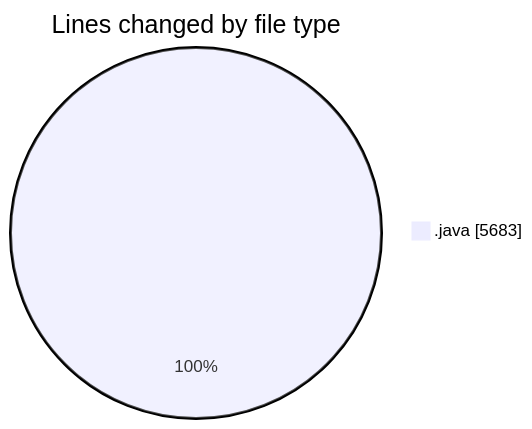
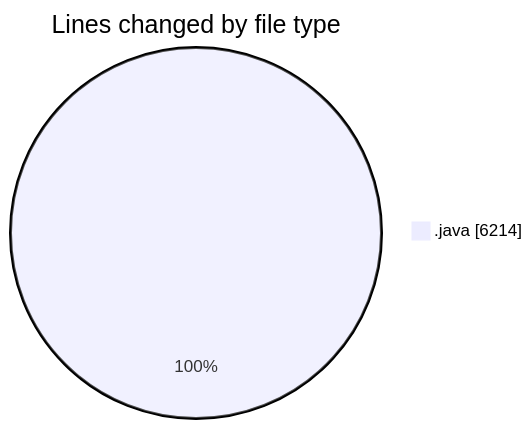
The first of 2 diagrams in 2026-04-09/cilapp/README.md (ricardozamudiocil/code-tracking), drawn with Mermaid before and after one commit. The commit also changed other lines of this file and 1 other file, not shown here.

````diff
--- a/2026-04-09/cilapp/README.md
+++ b/2026-04-09/cilapp/README.md
@@ -27,5 +27,5 @@
 ```mermaid
 pie showData
 title Lines changed by file type
-".java" : 5683
+".java" : 6214
 ```
````
